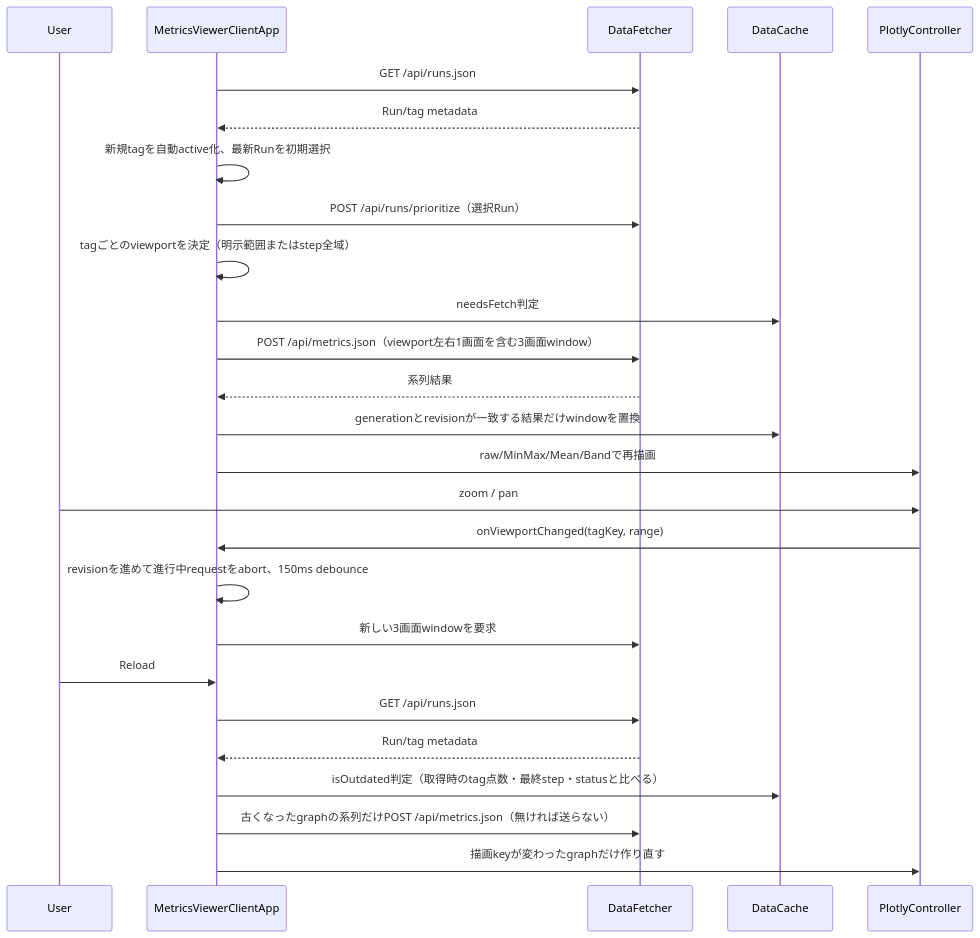
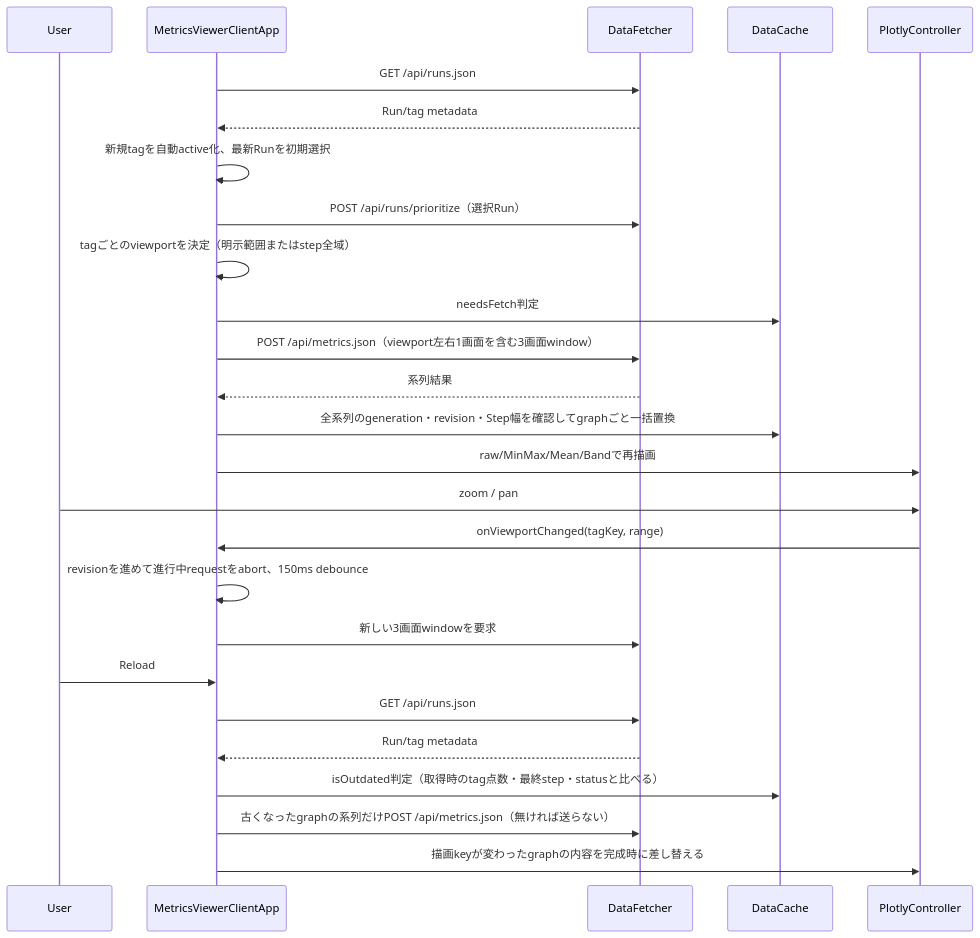
One commit to kazukin123/anet-lab changed the fifth of 5 diagrams in docs/design/210_metrics_viewer.jp.md. Above: the diagram before and after it, drawn with Mermaid. The commit also changed other lines of this file and 60 other files, not shown here.

````diff
--- a/docs/design/210_metrics_viewer.jp.md
+++ b/docs/design/210_metrics_viewer.jp.md
@@ -524,31 +524,31 @@
 ```mermaid
 sequenceDiagram
     participant U as User
     participant A as MetricsViewerClientApp
     participant F as DataFetcher
     participant K as DataCache
     participant P as PlotlyController
 
     A->>F: GET /api/runs.json
     F-->>A: Run/tag metadata
     A->>A: 新規tagを自動active化、最新Runを初期選択
     A->>F: POST /api/runs/prioritize（選択Run）
     A->>A: tagごとのviewportを決定（明示範囲またはstep全域）
     A->>K: needsFetch判定
     A->>F: POST /api/metrics.json（viewport左右1画面を含む3画面window）
     F-->>A: 系列結果
-    A->>K: generationとrevisionが一致する結果だけwindowを置換
+    A->>K: 全系列のgeneration・revision・Step幅を確認してgraphごと一括置換
     A->>P: raw/MinMax/Mean/Bandで再描画
 
     U->>P: zoom / pan
     P->>A: onViewportChanged(tagKey, range)
     A->>A: revisionを進めて進行中requestをabort、150ms debounce
     A->>F: 新しい3画面windowを要求
 
     U->>A: Reload
     A->>F: GET /api/runs.json
     F-->>A: Run/tag metadata
     A->>K: isOutdated判定（取得時のtag点数・最終step・statusと比べる）
     A->>F: 古くなったgraphの系列だけPOST /api/metrics.json（無ければ送らない）
-    A->>P: 描画keyが変わったgraphだけ作り直す
+    A->>P: 描画keyが変わったgraphの内容を完成時に差し替える
 ```
````
